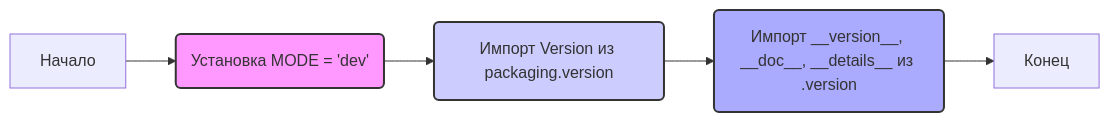
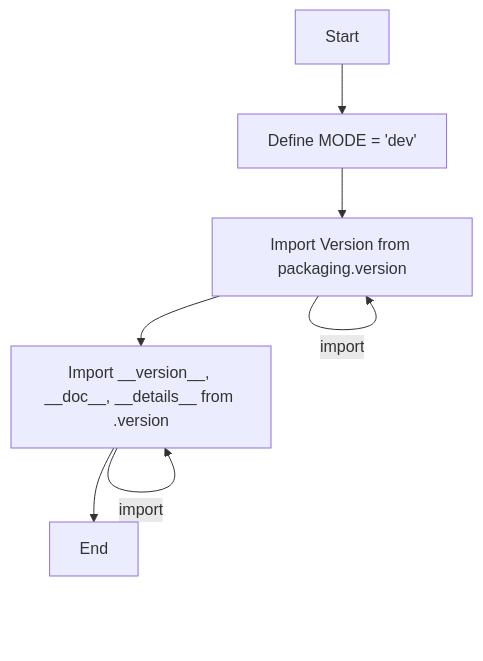
Before and after one commit to hypo69/hypo: the diagram in docs/gemini/ru/explainer/src/ai/openai/_examples/__init__.py.md, drawn with Mermaid. The commit also changed other lines of this file and 2445 other files, not shown here.

````diff
--- a/docs/gemini/ru/explainer/src/ai/openai/_examples/__init__.py.md
+++ b/docs/gemini/ru/explainer/src/ai/openai/_examples/__init__.py.md
@@ -20,14 +15,12 @@
 ```mermaid
-graph LR
-    A[Начало] --> B(Установка MODE = 'dev');
-    B --> C(Импорт Version из packaging.version);
-    C --> D(Импорт __version__, __doc__, __details__ из .version);
-    D --> E[Конец];
-    style B fill:#f9f,stroke:#333,stroke-width:2px
-    style C fill:#ccf,stroke:#333,stroke-width:2px
-    style D fill:#aaf,stroke:#333,stroke-width:2px
+flowchart TD
+    Start --> DefineMode[Define MODE = 'dev'];
+    DefineMode --> ImportVersionClass[Import Version from packaging.version];
+    ImportVersionClass --> ImportVersionData[Import __version__, __doc__, __details__ from .version];
+    ImportVersionData --> End;
+   
+    classDef import fill:#f9f,stroke:#333,stroke-width:2px
+    ImportVersionClass-->|import| ImportVersionClass
+    ImportVersionData-->|import| ImportVersionData
     
-    
-    classDef import fill:#ccf,stroke:#333,stroke-width:2px;
-    class C,D import;
 ```
````
